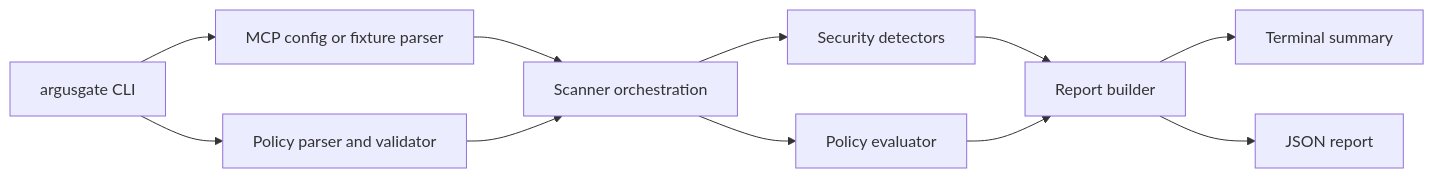
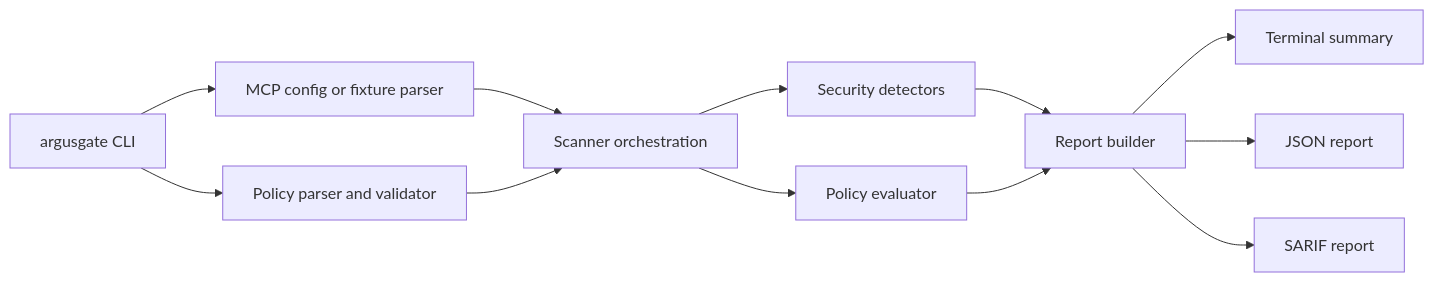
Before and after one commit to saqreed/argusgate: the diagram in docs/architecture.md, drawn with Mermaid. The commit also changed other lines of this file and 33 other files, not shown here.

````diff
--- a/docs/architecture.md
+++ b/docs/architecture.md
@@ -19,13 +19,14 @@
 ```mermaid
 flowchart LR
     CLI[argusgate CLI] --> Parser[MCP config or fixture parser]
     CLI --> Policy[Policy parser and validator]
     Parser --> Scanner[Scanner orchestration]
     Policy --> Scanner
     Scanner --> Detectors[Security detectors]
     Scanner --> Evaluator[Policy evaluator]
     Detectors --> Report[Report builder]
     Evaluator --> Report
     Report --> Terminal[Terminal summary]
     Report --> JSON[JSON report]
+    Report --> SARIF[SARIF report]
 ```
````
